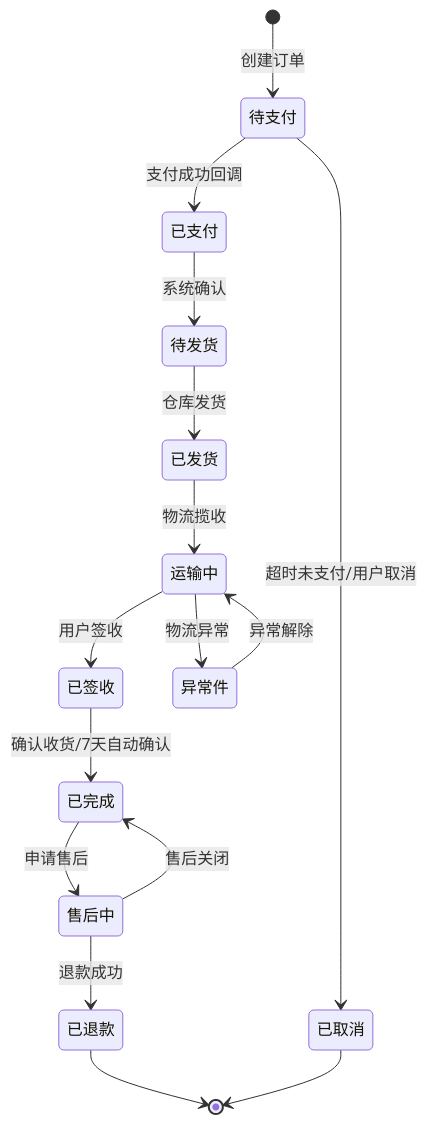
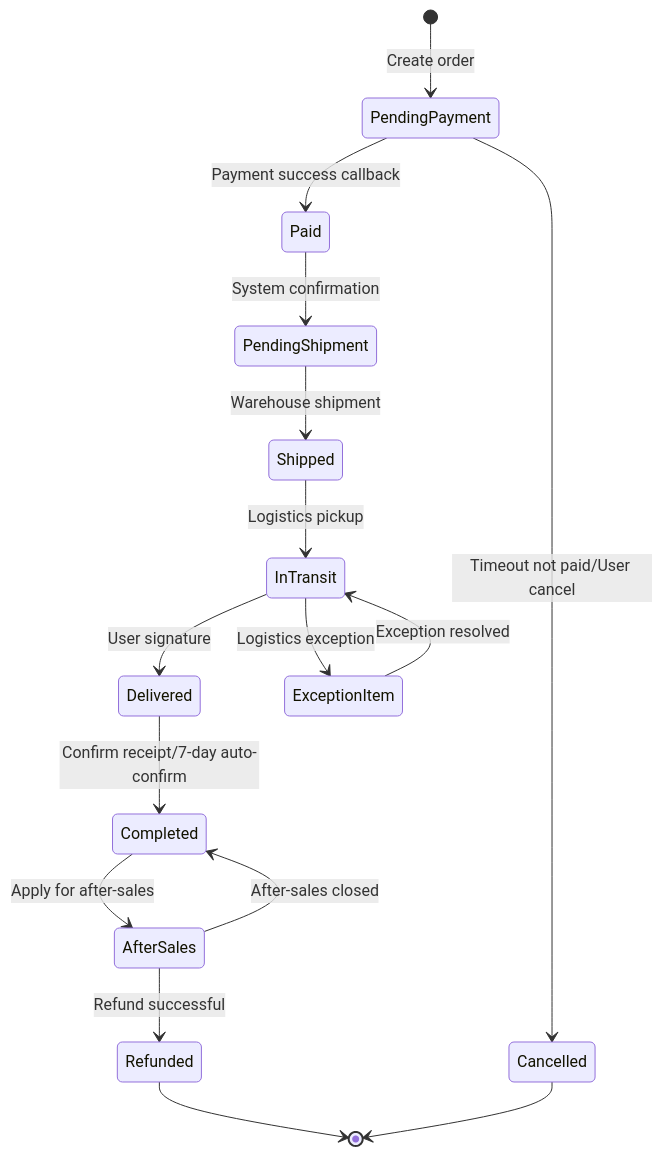
Before and after one commit to Kirky-X/cangjie: the ninth of 12 diagrams in templates/产品/产品层/【模板】产品需求文档.md, drawn with Mermaid. The commit also changed other lines of this file and 60 other files, not shown here.

````diff
--- a/templates/产品/产品层/【模板】产品需求文档.md
+++ b/templates/产品/产品层/【模板】产品需求文档.md
@@ -461,18 +461,18 @@
 ```mermaid
 stateDiagram-v2
-    [*] --> 待支付: 创建订单
-    待支付 --> 已支付: 支付成功回调
-    待支付 --> 已取消: 超时未支付/用户取消
-    已支付 --> 待发货: 系统确认
-    待发货 --> 已发货: 仓库发货
-    已发货 --> 运输中: 物流揽收
-    运输中 --> 已签收: 用户签收
-    运输中 --> 异常件: 物流异常
-    异常件 --> 运输中: 异常解除
-    已签收 --> 已完成: 确认收货/7天自动确认
-    已完成 --> 售后中: 申请售后
-    售后中 --> 已完成: 售后关闭
-    售后中 --> 已退款: 退款成功
-    已退款 --> [*]
-    已取消 --> [*]
+    [*] --> PendingPayment: Create order
+    PendingPayment --> Paid: Payment success callback
+    PendingPayment --> Cancelled: Timeout not paid/User cancel
+    Paid --> PendingShipment: System confirmation
+    PendingShipment --> Shipped: Warehouse shipment
+    Shipped --> InTransit: Logistics pickup
+    InTransit --> Delivered: User signature
+    InTransit --> ExceptionItem: Logistics exception
+    ExceptionItem --> InTransit: Exception resolved
+    Delivered --> Completed: Confirm receipt/7-day auto-confirm
+    Completed --> AfterSales: Apply for after-sales
+    AfterSales --> Completed: After-sales closed
+    AfterSales --> Refunded: Refund successful
+    Refunded --> [*]
+    Cancelled --> [*]
 ```
````
